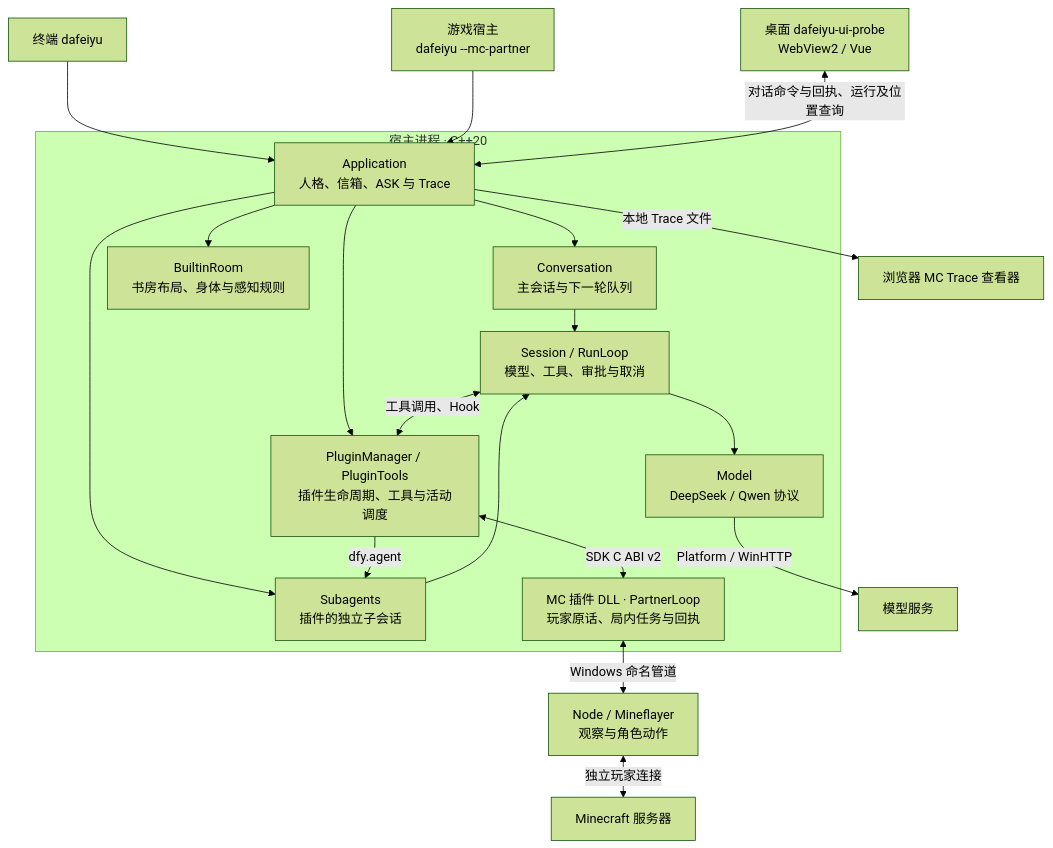
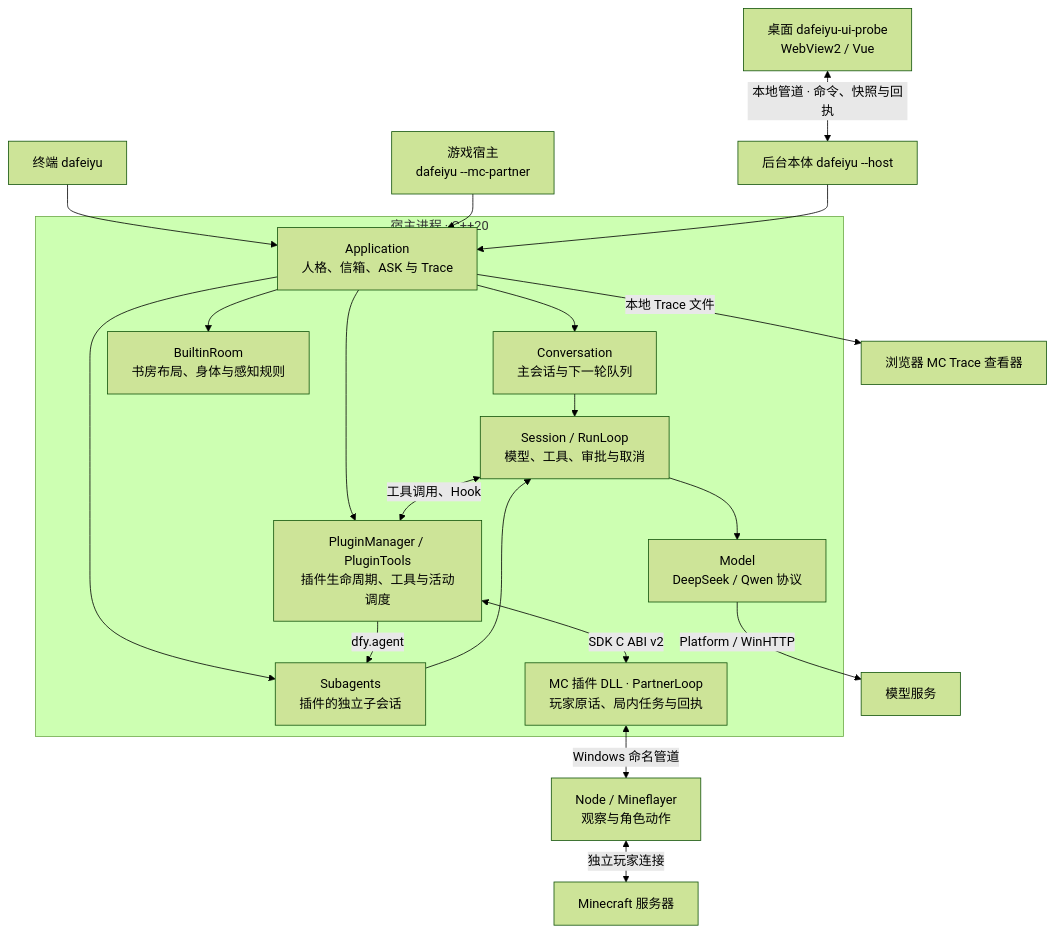
Before and after one commit to AuraKaliya/DaFeiYu-: the first of 5 diagrams in docs/architecture.md, drawn with Mermaid (forest theme). The commit also changed other lines of this file and 12 other files, not shown here.

````diff
--- a/docs/architecture.md
+++ b/docs/architecture.md
@@ -22,40 +22,41 @@
 ```mermaid
 ---
 config:
   flowchart:
     rankSpacing: 28
     nodeSpacing: 24
 ---
 flowchart TB
     Terminal["终端 dafeiyu"]
     GameHost["游戏宿主<br/>dafeiyu --mc-partner"]
     Gui["桌面 dafeiyu-ui-probe<br/>WebView2 / Vue"]
 
     subgraph Host["宿主进程 · C++20"]
         App["Application<br/>人格、信箱、ASK 与 Trace"]
         Main["Conversation<br/>主会话与下一轮队列"]
         Room["BuiltinRoom<br/>书房布局、身体与感知规则"]
         Child["Subagents<br/>插件的独立子会话"]
         Run["Session / RunLoop<br/>模型、工具、审批与取消"]
         Plugins["PluginManager / PluginTools<br/>插件生命周期、工具与活动调度"]
         Mc["MC 插件 DLL · PartnerLoop<br/>玩家原话、局内任务与回执"]
         Model["Model<br/>DeepSeek / Qwen 协议"]
 
         App --> Main --> Run
         App --> Room
         App --> Child --> Run
         App --> Plugins
         Plugins -->|dfy.agent| Child
         Run <-->|工具调用、Hook| Plugins
         Plugins <-->|SDK C ABI v2| Mc
         Run --> Model
     end
 
     Terminal --> App
     GameHost --> App
-    Gui <-->|对话命令与回执、运行及位置查询| App
+    Gui <-->|本地管道 · 命令、快照与回执| Resident["后台本体 dafeiyu --host"]
+    Resident --> App
     App -->|本地 Trace 文件| Viewer["浏览器 MC Trace 查看器"]
     Model -->|Platform / WinHTTP| Service["模型服务"]
     Mc <-->|Windows 命名管道| Bridge["Node / Mineflayer<br/>观察与角色动作"]
     Bridge <-->|独立玩家连接| Minecraft["Minecraft 服务器"]
 ```
````
